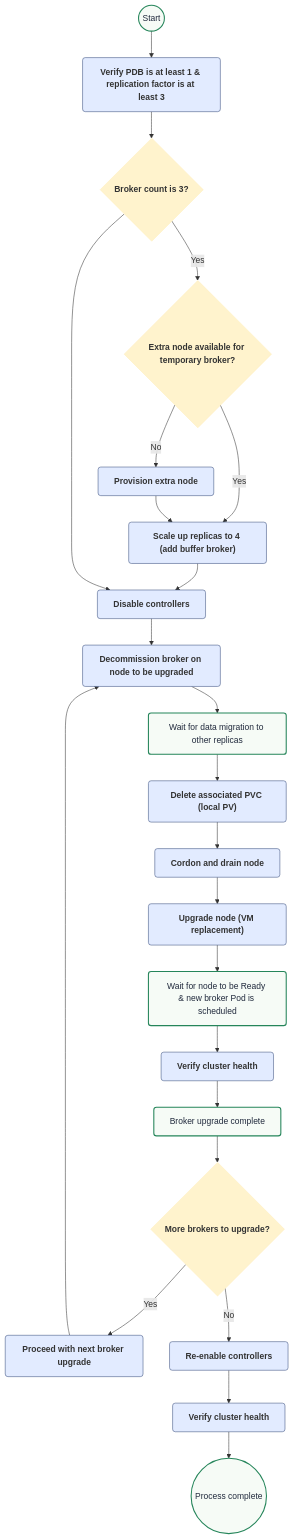
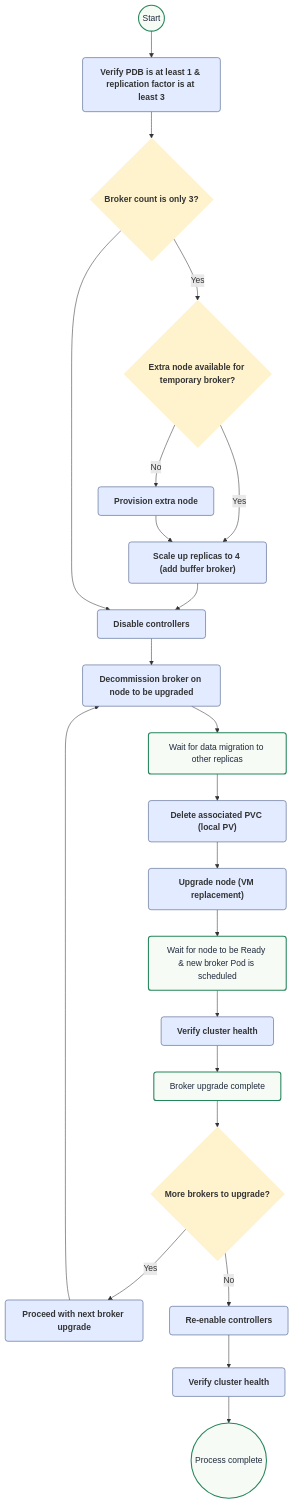
Before and after one commit to redpanda-data/docs: the diagram in modules/upgrade/pages/k-upgrade-kubernetes.adoc, drawn with Mermaid. The commit also changed other lines of this file, not shown here.

```diff
--- a/modules/upgrade/pages/k-upgrade-kubernetes.adoc
+++ b/modules/upgrade/pages/k-upgrade-kubernetes.adoc
@@ -177,32 +184,31 @@
 [mermaid]
 ----
 flowchart TB
   %% Define classes
   classDef userAction stroke:#374D7C, fill:#E2EBFF, font-weight:bold, rx:5, ry:5;
   classDef systemAction fill:#F6FBF6, stroke:#25855a, stroke-width:2px, color:#20293c, rx:5, ry:5;
   classDef decision fill:#FFF3CD, stroke:#FFEEBA, font-weight:bold, rx:5, ry:5;
 
   %% Main flow for a single broker upgrade (controllers remain disabled until all brokers are upgraded)
   A((Start)):::systemAction --> B["Verify PDB is at least 1 & replication factor is at least 3"]:::userAction
-  B --> C{Broker count is 3?}:::decision
+  B --> C{Broker count is only 3?}:::decision
   C -- Yes --> D{Extra node available for temporary broker?}:::decision
   D -- Yes --> E["Scale up replicas to 4 (add buffer broker)"]:::userAction
   D -- No --> F["Provision extra node"]:::userAction
   E --> H["Disable controllers"]:::userAction
   F --> E
   C --> H
   H --> I["Decommission broker on node to be upgraded"]:::userAction
   I --> J["Wait for data migration to other replicas"]:::systemAction
   J --> K["Delete associated PVC (local PV)"]:::userAction
-  K --> L["Cordon and drain node"]:::userAction
-  L --> M["Upgrade node (VM replacement)"]:::userAction
-  M --> N["Wait for node to be Ready & new broker Pod is scheduled"]:::systemAction
-  N --> O["Verify cluster health"]:::userAction
-  O --> P["Broker upgrade complete"]:::systemAction
-  P --> Q{More brokers to upgrade?}:::decision
-  Q -- Yes --> R["Proceed with next broker upgrade"]:::userAction
-  R --> I
-  Q -- No --> S["Re-enable controllers"]:::userAction
-  S --> T["Verify cluster health"]:::userAction
-  T --> U((Process complete)):::systemAction
+  K --> L["Upgrade node (VM replacement)"]:::userAction
+  L --> M["Wait for node to be Ready & new broker Pod is scheduled"]:::systemAction
+  M --> N["Verify cluster health"]:::userAction
+  N --> O["Broker upgrade complete"]:::systemAction
+  O --> P{More brokers to upgrade?}:::decision
+  P -- Yes --> Q["Proceed with next broker upgrade"]:::userAction
+  Q --> I
+  P -- No --> R["Re-enable controllers"]:::userAction
+  R --> S["Verify cluster health"]:::userAction
+  S --> T((Process complete)):::systemAction
 ----
```
